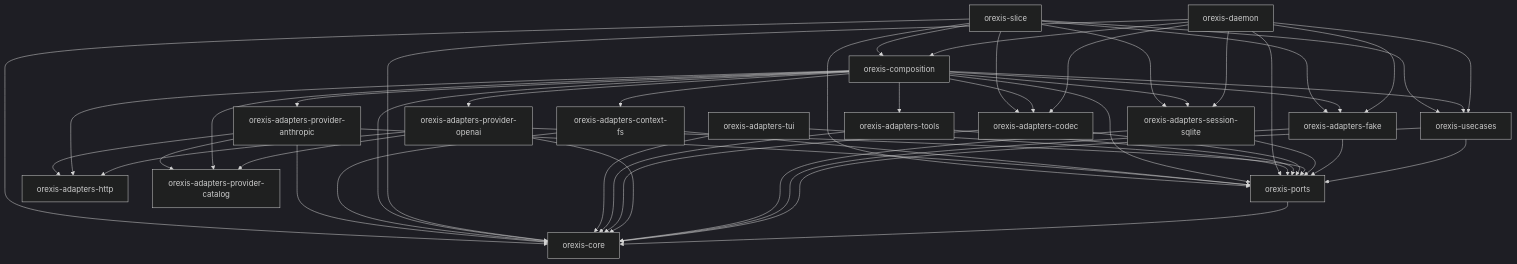
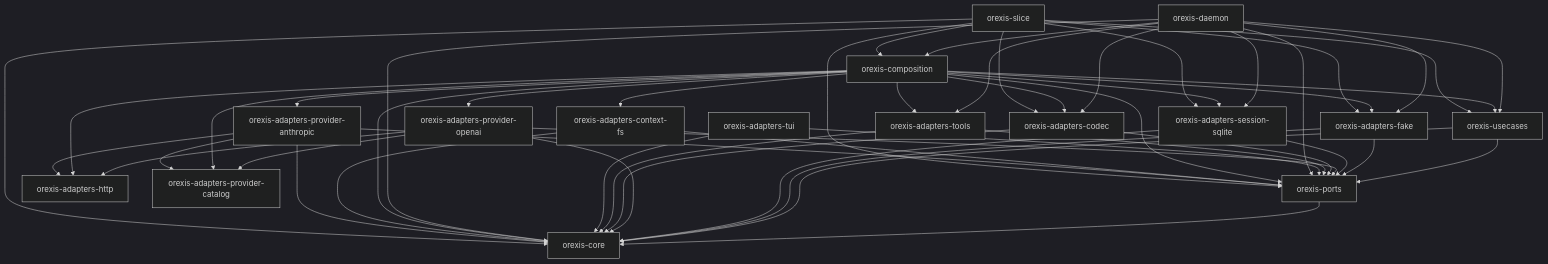
One commit to KidIkaros/orexis changed the diagram in docs/orexis/seams.md. Above: the diagram before and after it, drawn with Mermaid (dark theme). The commit also changed 12 other files, not shown here.

````diff
--- a/docs/orexis/seams.md
+++ b/docs/orexis/seams.md
@@ -5,52 +5,53 @@
 ```mermaid
 graph TD
   orexis-ports --> orexis-core
   orexis-usecases --> orexis-core
   orexis-usecases --> orexis-ports
   orexis-adapters-fake --> orexis-core
   orexis-adapters-fake --> orexis-ports
   orexis-adapters-session-sqlite --> orexis-core
   orexis-adapters-session-sqlite --> orexis-ports
   orexis-adapters-provider-openai --> orexis-adapters-http
   orexis-adapters-provider-openai --> orexis-adapters-provider-catalog
   orexis-adapters-provider-openai --> orexis-core
   orexis-adapters-provider-openai --> orexis-ports
   orexis-adapters-codec --> orexis-core
   orexis-adapters-codec --> orexis-ports
   orexis-adapters-tools --> orexis-core
   orexis-adapters-tools --> orexis-ports
   orexis-adapters-tui --> orexis-core
   orexis-adapters-tui --> orexis-ports
   orexis-daemon --> orexis-adapters-codec
   orexis-daemon --> orexis-adapters-fake
   orexis-daemon --> orexis-adapters-session-sqlite
+  orexis-daemon --> orexis-adapters-tools
   orexis-daemon --> orexis-composition
   orexis-daemon --> orexis-core
   orexis-daemon --> orexis-ports
   orexis-daemon --> orexis-usecases
   orexis-composition --> orexis-adapters-codec
   orexis-composition --> orexis-adapters-context-fs
   orexis-composition --> orexis-adapters-fake
   orexis-composition --> orexis-adapters-http
   orexis-composition --> orexis-adapters-provider-anthropic
   orexis-composition --> orexis-adapters-provider-catalog
   orexis-composition --> orexis-adapters-provider-openai
   orexis-composition --> orexis-adapters-session-sqlite
   orexis-composition --> orexis-adapters-tools
   orexis-composition --> orexis-core
   orexis-composition --> orexis-ports
   orexis-composition --> orexis-usecases
   orexis-adapters-context-fs --> orexis-core
   orexis-adapters-context-fs --> orexis-ports
   orexis-adapters-provider-anthropic --> orexis-adapters-http
   orexis-adapters-provider-anthropic --> orexis-adapters-provider-catalog
   orexis-adapters-provider-anthropic --> orexis-core
   orexis-adapters-provider-anthropic --> orexis-ports
   orexis-slice --> orexis-adapters-codec
   orexis-slice --> orexis-adapters-fake
   orexis-slice --> orexis-adapters-session-sqlite
   orexis-slice --> orexis-composition
   orexis-slice --> orexis-core
   orexis-slice --> orexis-ports
   orexis-slice --> orexis-usecases
 ```
````
